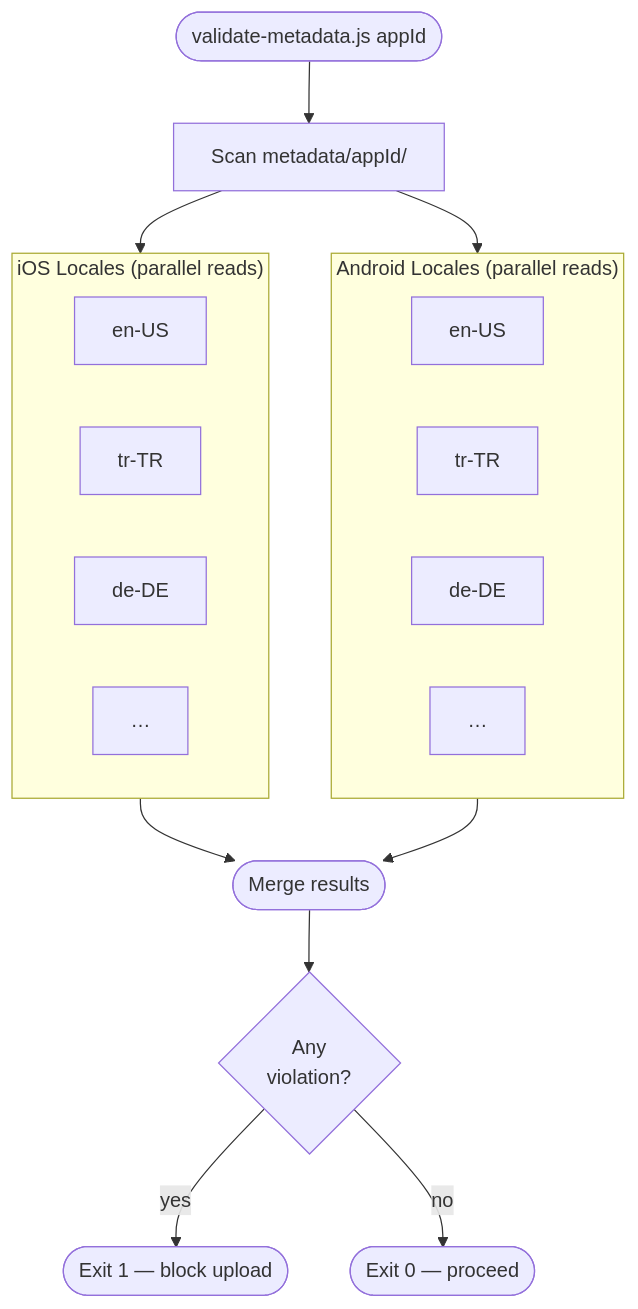
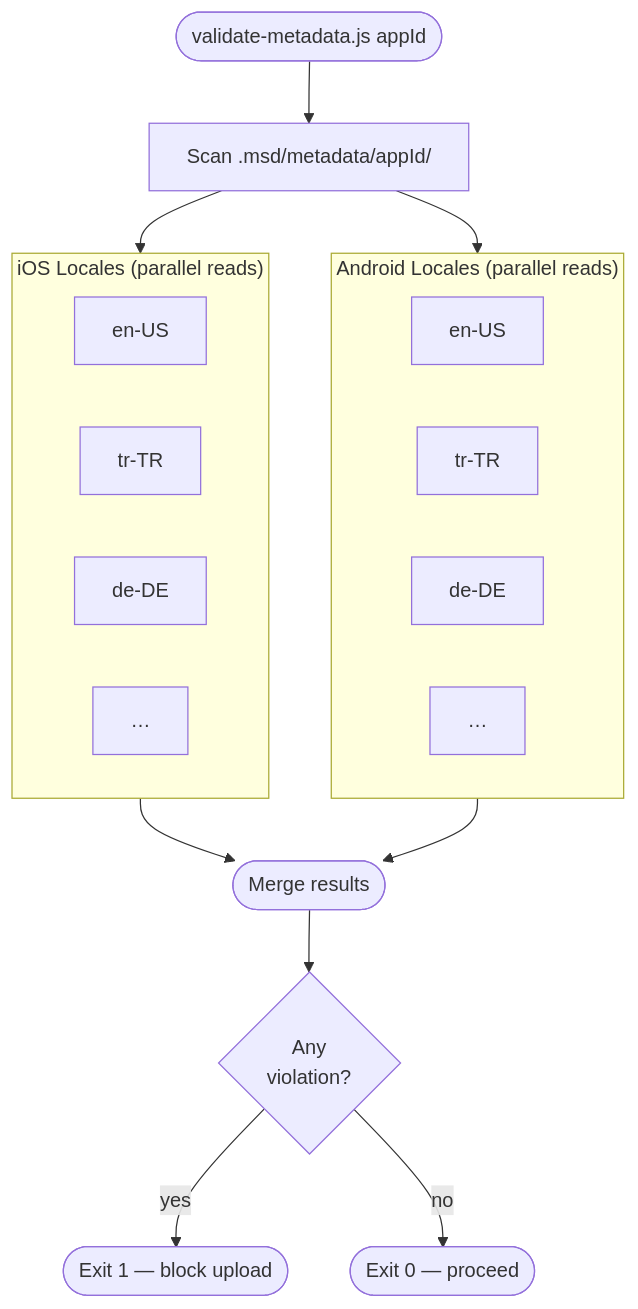
One commit to ofcskn/mobile-automation-plugin changed the fourth of 7 diagrams in docs/CONCURRENCY.md. Above: the diagram before and after it, drawn with Mermaid. The commit also changed other lines of this file and 75 other files, not shown here.

````diff
--- a/docs/CONCURRENCY.md
+++ b/docs/CONCURRENCY.md
@@ -158,22 +158,22 @@
 ```mermaid
 flowchart TD
-    START([validate-metadata.js appId]) --> SCAN[Scan metadata/appId/]
+    START([validate-metadata.js appId]) --> SCAN[Scan .msd/metadata/appId/]
 
     subgraph IOSPAR ["iOS Locales (parallel reads)"]
         I1[en-US] & I2[tr-TR] & I3[de-DE] & IN[…]
     end
 
     subgraph ANDPAR ["Android Locales (parallel reads)"]
         A1[en-US] & A2[tr-TR] & A3[de-DE] & AN[…]
     end
 
     SCAN --> IOSPAR
     SCAN --> ANDPAR
 
     IOSPAR --> MERGE([Merge results])
     ANDPAR --> MERGE
     MERGE --> REPORT{Any\nviolation?}
     REPORT -- yes --> FAIL([Exit 1 — block upload])
     REPORT -- no --> PASS([Exit 0 — proceed])
 
 ```
````
